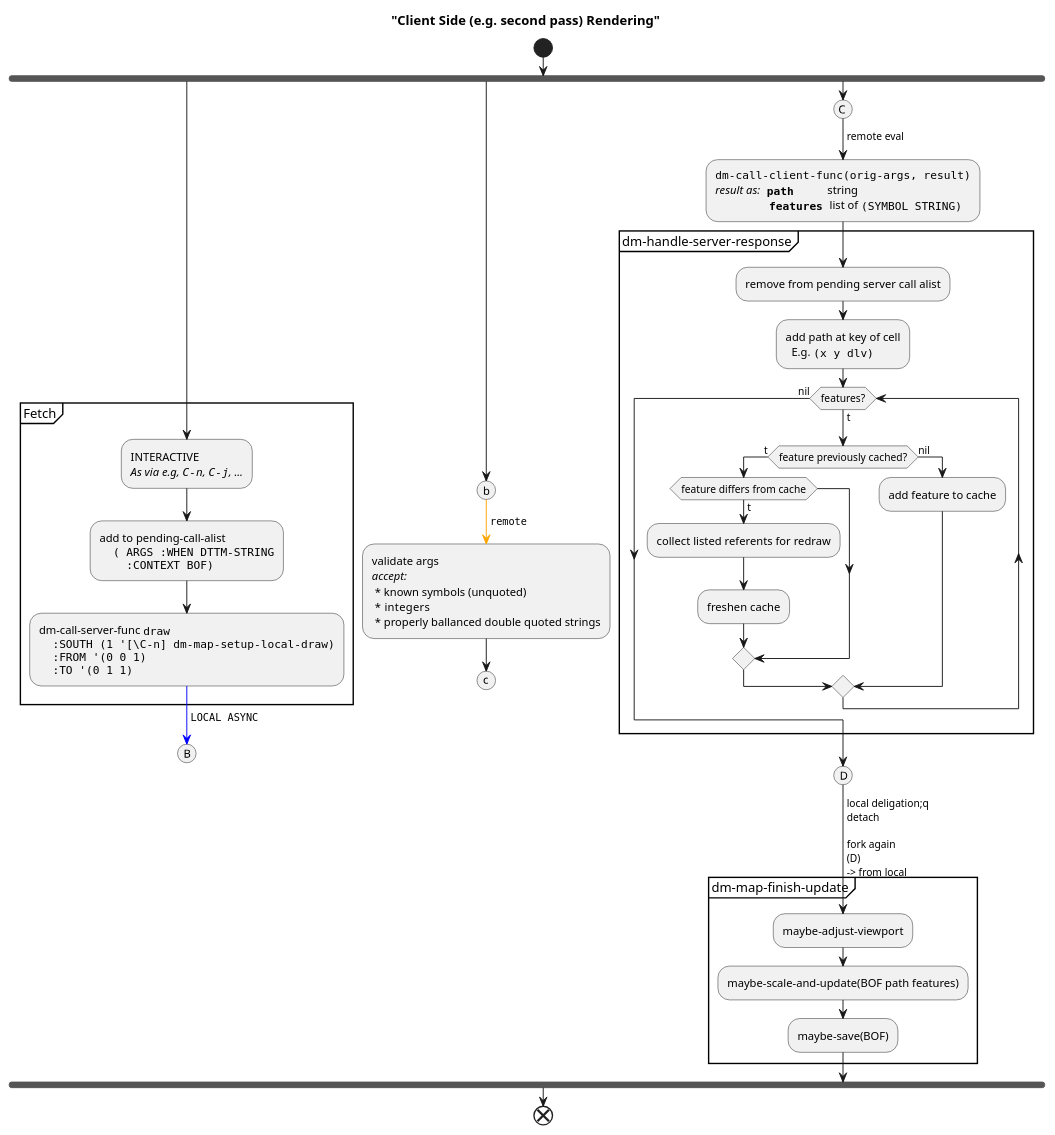
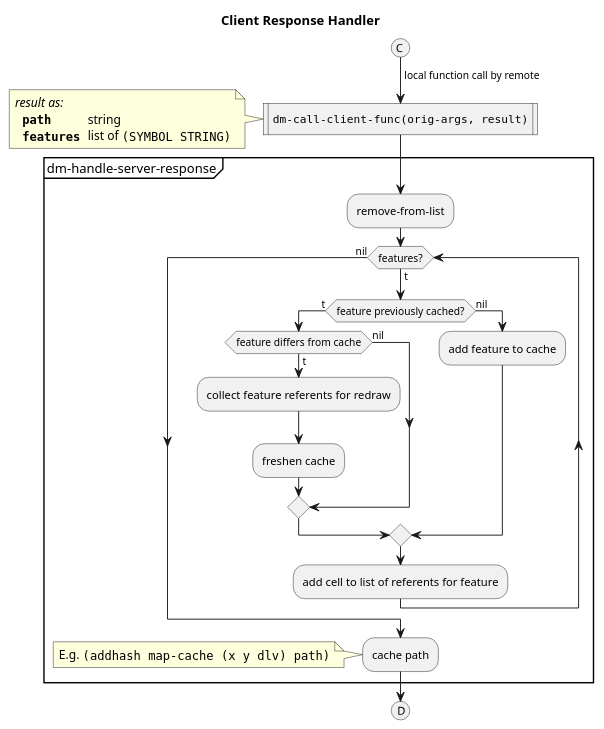
The seventh of 8 diagrams in Docs/Maps/UML.org (dungeon-mode/game), drawn with PlantUML before and after one commit. The commit also changed other lines of this file and 9 other files, not shown here.

```diff
--- a/Docs/Maps/UML.org
+++ b/Docs/Maps/UML.org
@@ -67,57 +261,37 @@
-#+begin_src plantuml :file tryout.png
-title ""Client Side (e.g. second pass) Rendering""
+#+begin_src plantuml :file uml--dm-handle-server-response.svg :export results
+title Client Response Handler
+(C)
+-> local function call by remote;
 
-start
+:""dm-call-client-func(orig-args, result)""|
+note left
+//result as://
+"" **path**     ""string
+"" **features** ""list of ""(SYMBOL STRING)""
+end note
 
-fork
-partition Fetch {
-  :INTERACTIVE\n//As via e.g, ""C-n"", ""C-j"", ...//;
-  :add to pending-call-alist\n""  ( ARGS :WHEN DTTM-STRING""\n""    :CONTEXT BOF)"";
-  :dm-call-server-func ""draw""\n""  :SOUTH (1 '[\C-n] dm-map-setup-local-draw)""\n""  :FROM '(0 0 1)""\n""  :TO '(0 1 1)"";
-}
--[#blue]->  ""LOCAL ASYNC"";
-(B)
-detach
+partition dm-handle-server-response {
+  :remove-from-list;
 
-fork again
-(b)
--[#orange]-> ""remote"";
-:validate args\n//accept://\n * known symbols (unquoted)\n *  integers\n * properly ballanced double quoted strings;
-(c)
--> remote responds;
-detach
-
-fork again
-(C)
--> remote eval;
-:""dm-call-client-func(orig-args, result)""\n//result as://"" **path**     ""string\n""        **features** ""list of ""(SYMBOL STRING)"";
-partition dm-handle-server-response {
-  :remove from pending server call alist;
-  :add path at key of cell\n  E.g. ""(x y dlv)"";
   while (features?) is (t)
     if (feature previously cached?) then (t)
       if (feature differs from cache) then (t)
-        :collect listed referents for redraw;
+        :collect feature referents for redraw;
         :freshen cache;
+      else (nil)
       endif
     else (nil)
+
       :add feature to cache;
     endif
+
+    :add cell to list of referents for feature;
   endwhile (nil)
-}
-(D)
--> local deligation;q
-detach
-
-fork again
-(D)
--> from local;
-partition dm-map-finish-update {
-  :maybe-adjust-viewport;
-  :maybe-scale-and-update(BOF path features);
-  :maybe-save(BOF);
+  :cache path;
+  note left: E.g. ""(addhash map-cache (x y dlv) path)""
 }
 
-end fork
-end
+(D)
+-> local deligation;
+detach
 #+end_src
```
